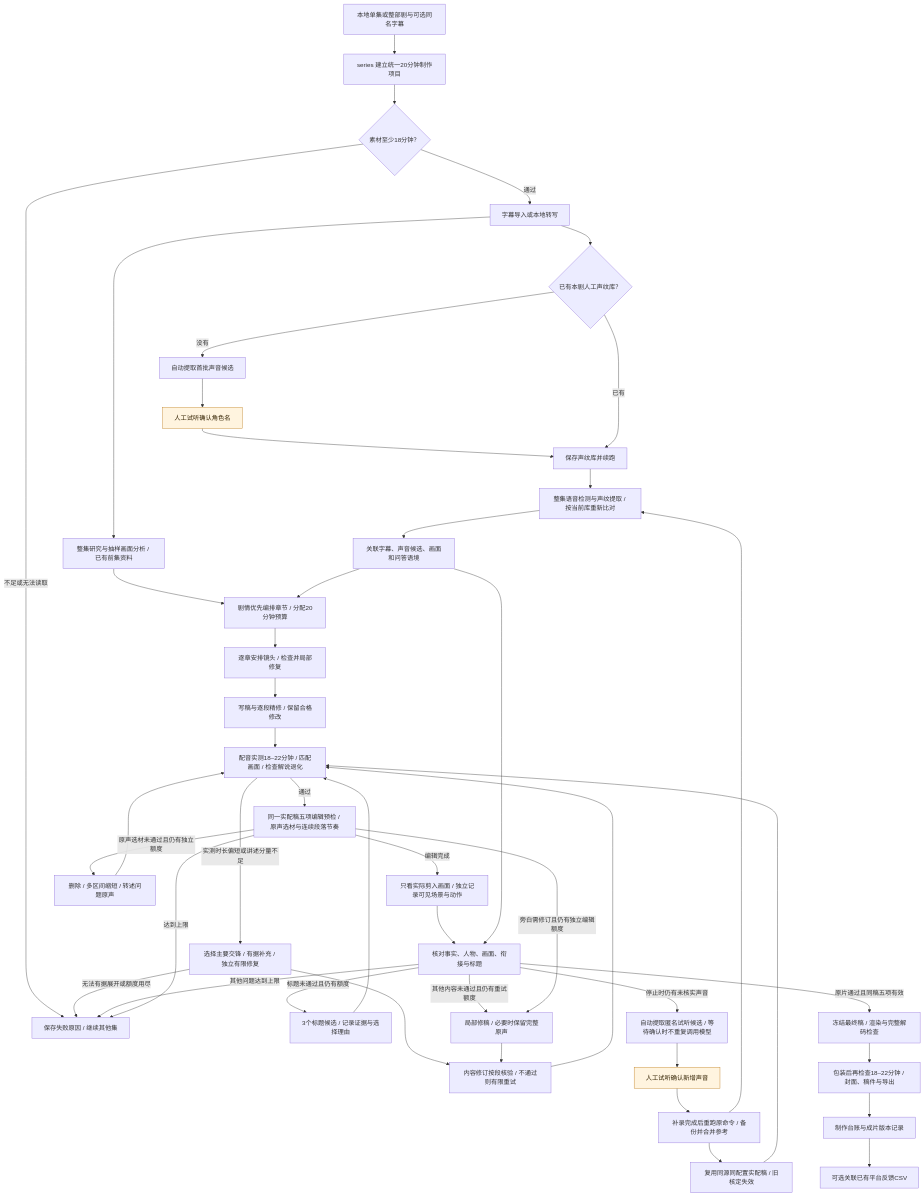
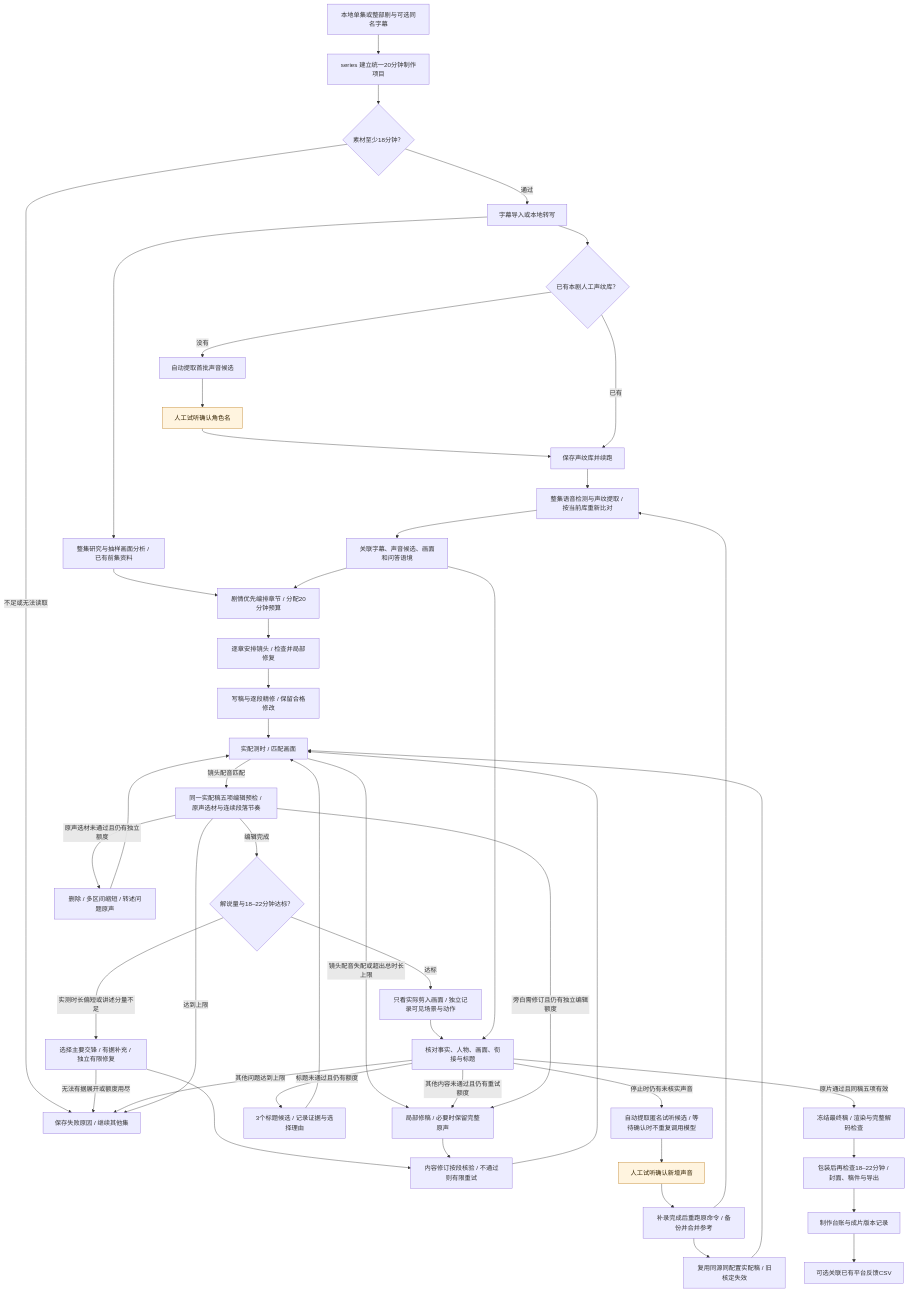
One commit to redrain-wang/autoclip1 changed the first of 2 diagrams in README.md. Above: the diagram before and after it, drawn with Mermaid. The commit also changed other lines of this file and 8 other files, not shown here.

````diff
--- a/README.md
+++ b/README.md
@@ -75,49 +75,51 @@
 ```mermaid
 flowchart TD
     A[本地单集或整部剧与可选同名字幕] --> B[series 建立统一20分钟制作项目]
     B --> SRC{素材至少18分钟？}
     SRC -->|不足或无法读取| Q[保存失败原因 / 继续其他集]
     SRC -->|通过| C[字幕导入或本地转写]
     C --> D{已有本剧人工声纹库？}
     D -->|没有| E[自动提取首批声音候选]
     E --> F[人工试听确认角色名]
     F --> G[保存声纹库并续跑]
     D -->|已有| G
     G --> H[整集语音检测与声纹提取 / 按当前库重新比对]
     H --> I[关联字幕、声音候选、画面和问答语境]
     C --> J[整集研究与抽样画面分析 / 已有前集资料]
     J --> K[剧情优先编排章节 / 分配20分钟预算]
     I --> K
     K --> L[逐章安排镜头 / 检查并局部修复]
     L --> M[写稿与逐段精修 / 保留合格修改]
-    M --> N[配音实测18–22分钟 / 匹配画面 / 检查解说退化]
-    N -->|实测时长偏短或讲述分量不足| CB[选择主要交锋 / 有据补充 / 独立有限修复]
+    M --> N[实配测时 / 匹配画面]
+    BALT -->|实测时长偏短或讲述分量不足| CB[选择主要交锋 / 有据补充 / 独立有限修复]
     CB --> U
     CB -->|无法有据展开或额度用尽| Q
-    N -->|通过| QD[同一实配稿五项编辑预检 / 原声选材与连续段落节奏]
-    QD -->|编辑完成| VIS[只看实际剪入画面 / 独立记录可见场景与动作]
+    N -->|镜头配音匹配| QD[同一实配稿五项编辑预检 / 原声选材与连续段落节奏]
+    N -->|镜头配音失配或超出总时长上限| P
+    QD -->|编辑完成| BALT{解说量与18–22分钟达标？}
+    BALT -->|达标| VIS[只看实际剪入画面 / 独立记录可见场景与动作]
     VIS --> O[核对事实、人物、画面、衔接与标题]
     I --> O
     O -->|标题未通过且仍有额度| TT[3个标题候选 / 记录证据与选择理由]
     TT --> N
     O -->|其他内容未通过且仍有重试额度| P[局部修稿 / 必要时保留完整原声]
     P --> U[内容修订按段核验 / 不通过则有限重试]
     U --> N
     O -->|停止时仍有未核实声音| W[自动提取匿名试听候选 / 等待确认时不重复调用模型]
     W --> Z[人工试听确认新增声音]
     Z --> X[补录完成后重跑原命令 / 备份并合并参考]
     X --> H
     X --> Y[复用同源同配置实配稿 / 旧核定失效]
     Y --> N
     O -->|其他问题达到上限| Q
     QD -->|旁白需修订且仍有独立编辑额度| P
     QD -->|原声选材未通过且仍有独立额度| QS[删除 / 多区间缩短 / 转述问题原声]
     QS --> N
     QD -->|达到上限| Q
     O -->|原片通过且同稿五项有效| R[冻结最终稿 / 渲染与完整解码检查]
     R --> S[包装后再检查18–22分钟 / 封面、稿件与导出]
     S --> T[制作台账与成片版本记录]
     T --> FB[可选关联已有平台反馈CSV]
     classDef human fill:#fff4df,stroke:#bd7a17,color:#332200
     class F,Z human
 ```
````
